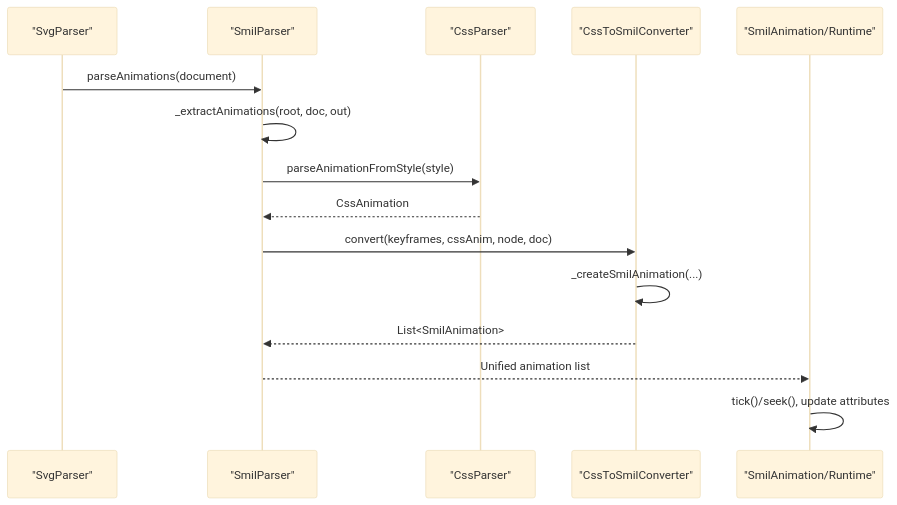
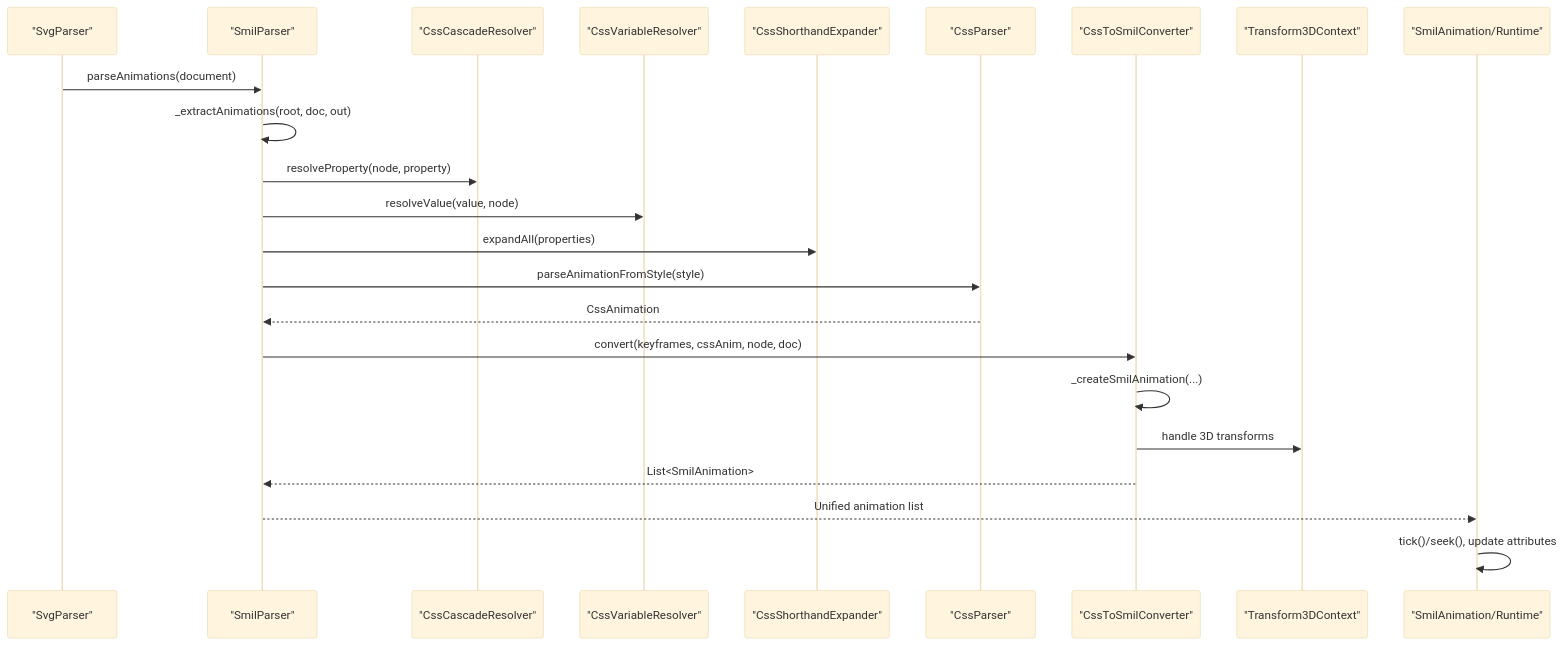
The second of 7 diagrams in .qoder/repowiki/en/content/Animated SVG Support/CSS Animation Conversion.md (denisnadey/flutter_full_svg_support), drawn with Mermaid (base theme) before and after one commit. The commit also changed other lines of this file and 39 other files, not shown here.

First line of the commit message:
feat(animation): add advanced CSS processing and 3D transform support

````diff
--- a/.qoder/repowiki/en/content/Animated SVG Support/CSS Animation Conversion.md
+++ b/.qoder/repowiki/en/content/Animated SVG Support/CSS Animation Conversion.md
@@ -97,17 +132,25 @@
 ```mermaid
 sequenceDiagram
 participant P as "SvgParser"
 participant SP as "SmilParser"
+participant CS as "CssCascadeResolver"
+participant CV as "CssVariableResolver"
+participant CE as "CssShorthandExpander"
 participant CP as "CssParser"
 participant CTS as "CssToSmilConverter"
+participant T3D as "Transform3DContext"
 participant RT as "SmilAnimation/Runtime"
 P->>SP : parseAnimations(document)
 SP->>SP : _extractAnimations(root, doc, out)
+SP->>CS : resolveProperty(node, property)
+SP->>CV : resolveValue(value, node)
+SP->>CE : expandAll(properties)
 SP->>CP : parseAnimationFromStyle(style)
 CP-->>SP : CssAnimation
 SP->>CTS : convert(keyframes, cssAnim, node, doc)
 CTS->>CTS : _createSmilAnimation(...)
+CTS->>T3D : handle 3D transforms
 CTS-->>SP : List<SmilAnimation>
 SP-->>RT : Unified animation list
 RT->>RT : tick()/seek(), update attributes
 ```
````
